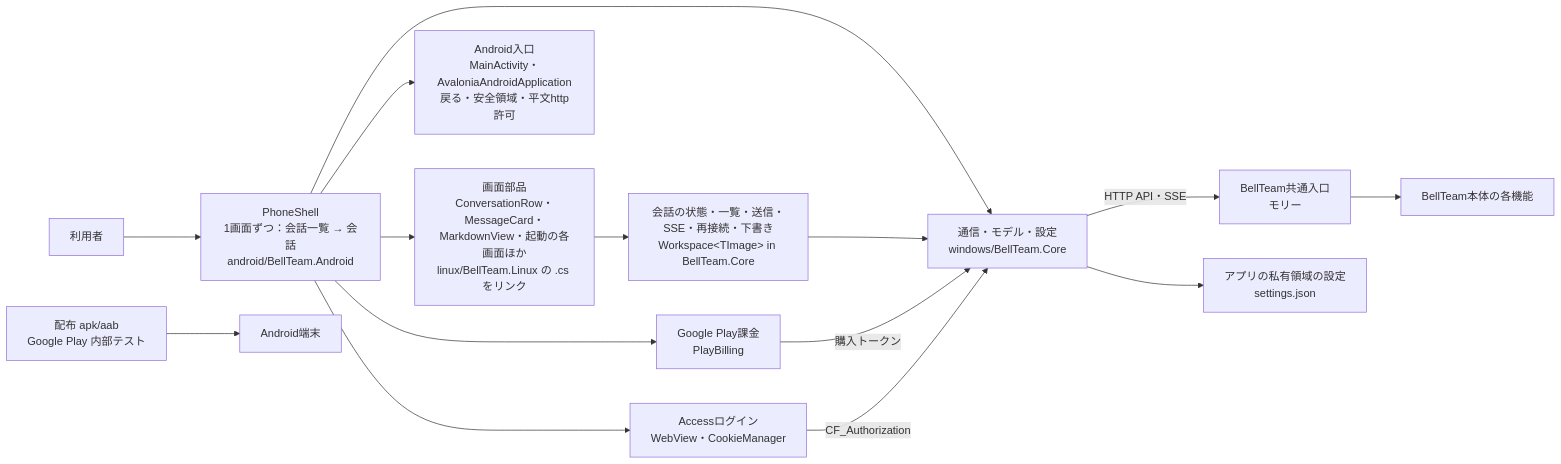
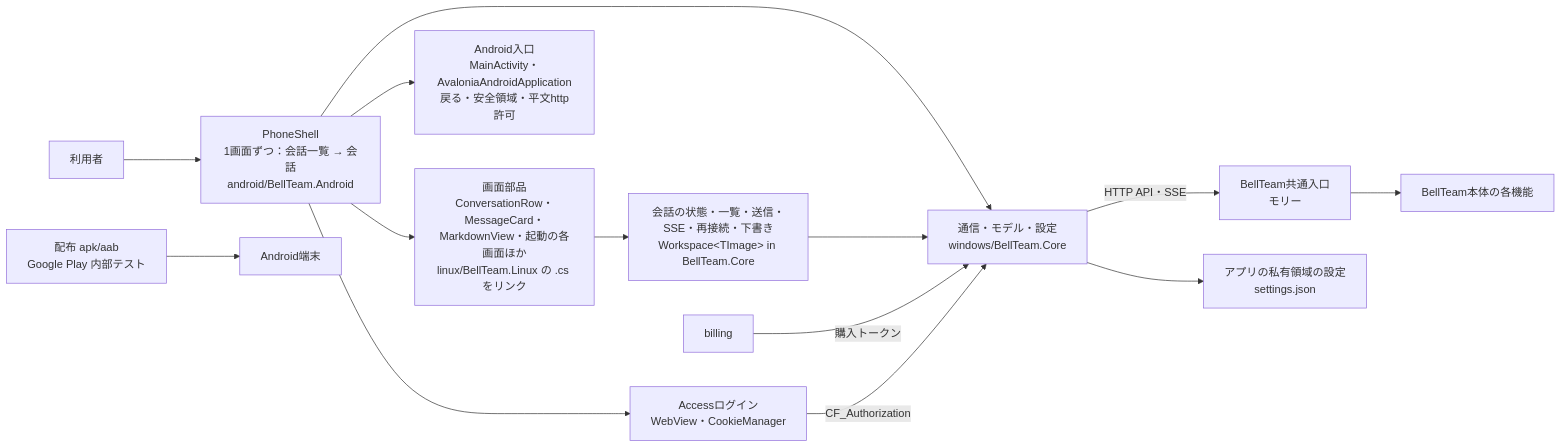
The first of 2 diagrams in docs/android-architecture.md (kitepon/BellTeam), drawn with Mermaid before and after one commit. The commit also changed other lines of this file and 23 other files, not shown here.

````diff
--- a/docs/android-architecture.md
+++ b/docs/android-architecture.md
@@ -9,17 +9,16 @@
 ```mermaid
 flowchart LR
   user[利用者] --> shell[PhoneShell<br/>1画面ずつ：会話一覧 → 会話<br/>android/BellTeam.Android]
   shell --> views[画面部品<br/>ConversationRow・MessageCard・MarkdownView・起動の各画面ほか<br/>linux/BellTeam.Linux の .cs をリンク]
   views --> ws[会話の状態・一覧・送信・SSE・再接続・下書き<br/>Workspace&lt;TImage&gt; in BellTeam.Core]
   shell --> core[通信・モデル・設定<br/>windows/BellTeam.Core]
   ws --> core
   core -->|HTTP API・SSE| integration[BellTeam共通入口<br/>モリー]
   core --> local[アプリの私有領域の設定<br/>settings.json]
-  shell --> billing[Google Play課金<br/>PlayBilling]
   billing -->|購入トークン| core
   shell --> access[Accessログイン<br/>WebView・CookieManager]
   access -->|CF_Authorization| core
   shell --> android[Android入口<br/>MainActivity・AvaloniaAndroidApplication<br/>戻る・安全領域・平文http許可]
   release[配布 apk/aab<br/>Google Play 内部テスト] --> device[Android端末]
   integration --> server[BellTeam本体の各機能]
 ```
````
